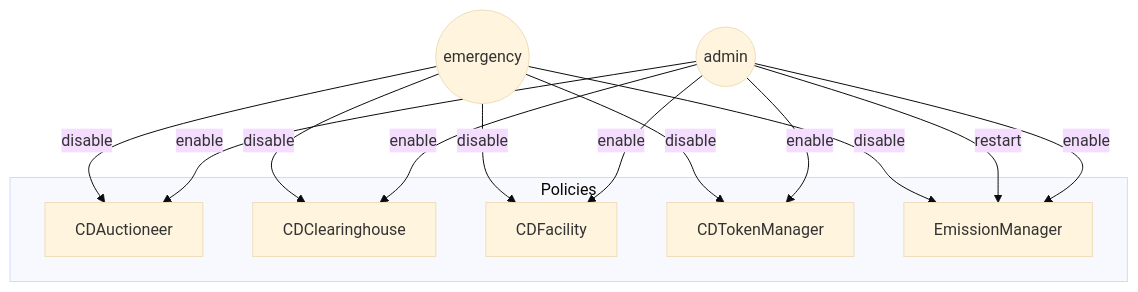
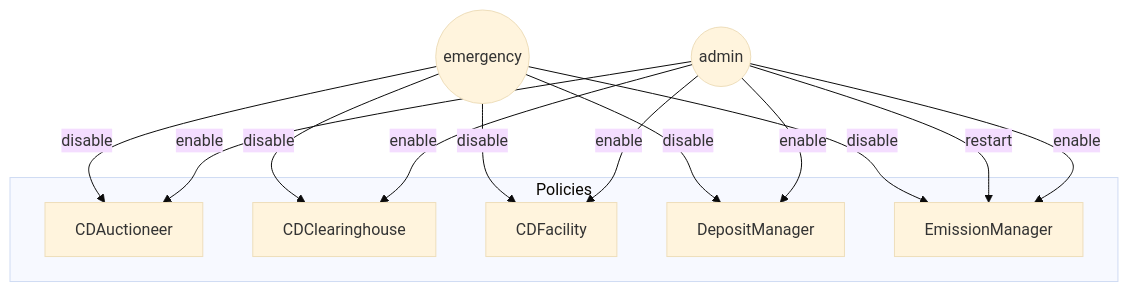
The first of 7 diagrams in audit/2025-01_convertible-deposits/README.md (OlympusDAO/olympus-v3), drawn with Mermaid (base theme) before and after one commit. The commit also changed other lines of this file, not shown here.

````diff
--- a/audit/2025-01_convertible-deposits/README.md
+++ b/audit/2025-01_convertible-deposits/README.md
@@ -213,22 +213,22 @@
 ```mermaid
 flowchart TD
   admin((admin)) -- enable --> CDAuctioneer
   admin((admin)) -- enable --> CDClearinghouse
   admin((admin)) -- enable --> CDFacility
-  admin((admin)) -- enable --> CDTokenManager
+  admin((admin)) -- enable --> DepositManager
   admin((admin)) -- enable --> EmissionManager
   admin((admin)) -- restart --> EmissionManager
   emergency((emergency)) -- disable --> CDAuctioneer
   emergency((emergency)) -- disable --> CDClearinghouse
   emergency((emergency)) -- disable --> CDFacility
-  emergency((emergency)) -- disable --> CDTokenManager
+  emergency((emergency)) -- disable --> DepositManager
   emergency((emergency)) -- disable --> EmissionManager
 
   subgraph Policies
     CDAuctioneer
     CDClearinghouse
     CDFacility
-    CDTokenManager
+    DepositManager
     EmissionManager
   end
 ```
````
